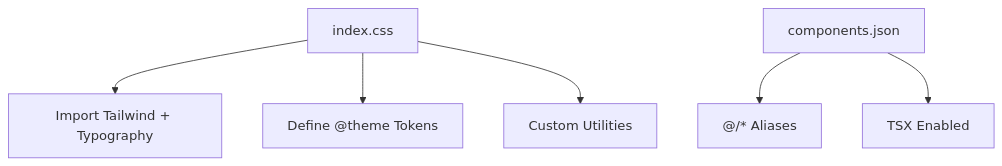
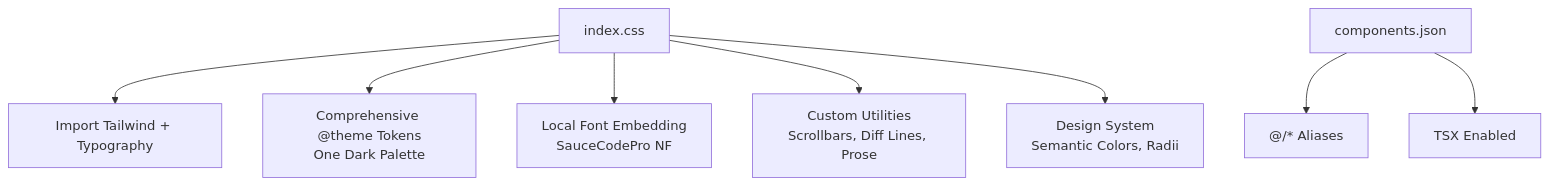
Before and after one commit to v0lka/c0wrk: the sixth of 11 diagrams in .qoder/repowiki/en/content/Frontend Application/Build System.md, drawn with Mermaid. The commit also changed other lines of this file and 13 other files, not shown here.

````diff
--- a/.qoder/repowiki/en/content/Frontend Application/Build System.md
+++ b/.qoder/repowiki/en/content/Frontend Application/Build System.md
@@ -239,8 +289,10 @@
 ```mermaid
 flowchart TD
 CSS["index.css"] --> TWImport["Import Tailwind + Typography"]
-CSS --> ThemeTokens["Define @theme Tokens"]
-CSS --> Utilities["Custom Utilities"]
+CSS --> ThemeTokens["Comprehensive @theme Tokens<br/>One Dark Palette"]
+CSS --> Fonts["Local Font Embedding<br/>SauceCodePro NF"]
+CSS --> Utilities["Custom Utilities<br/>Scrollbars, Diff Lines, Prose"]
+CSS --> DesignSystem["Design System<br/>Semantic Colors, Radii"]
 Components["components.json"] --> Aliases["@/* Aliases"]
 Components --> TSX["TSX Enabled"]
 ```
````
